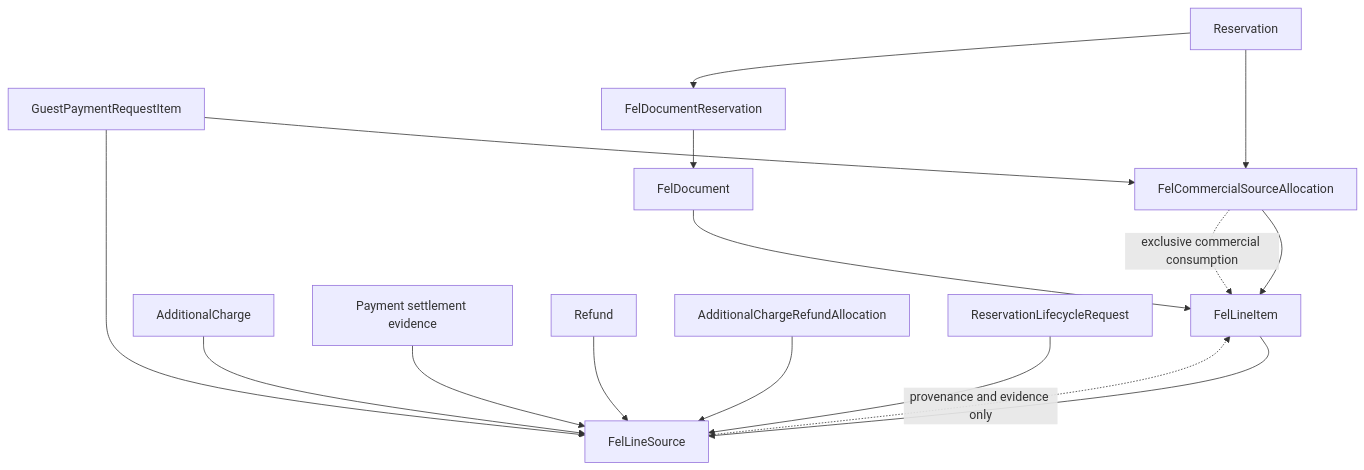
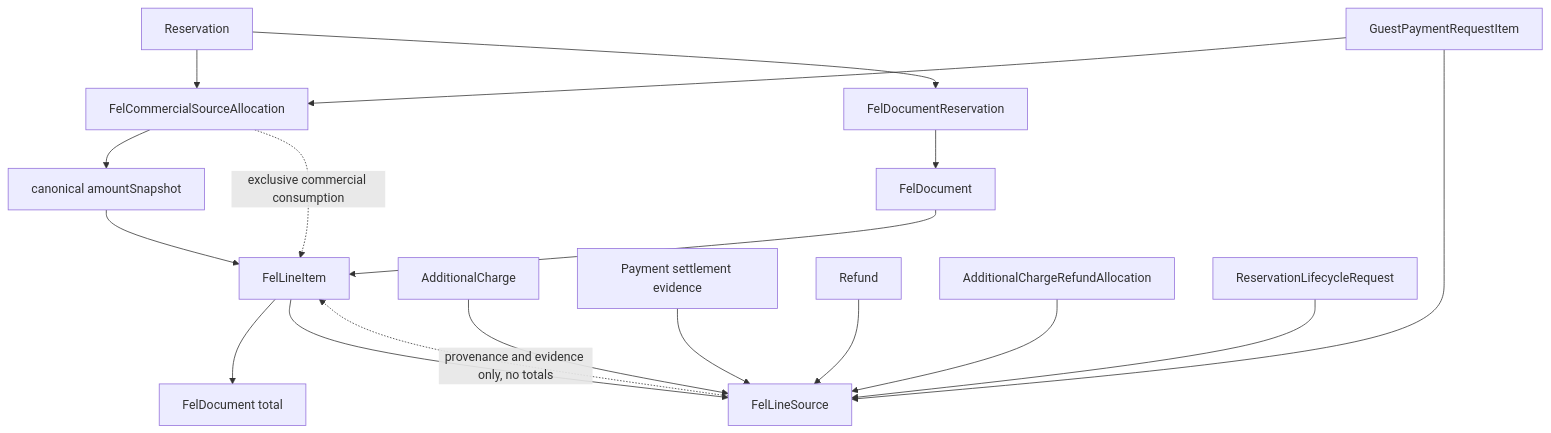
One commit to Juanjho120/trp-booking changed the second of 4 diagrams in docs/213-final-i-5-fel-fiscal-domain-contract-and-architecture.md. Above: the diagram before and after it, drawn with Mermaid. The commit also changed other lines of this file and 3 other files, not shown here.

Commit message:
docs(final-i): freeze canonical FEL amount source

````diff
--- a/docs/213-final-i-5-fel-fiscal-domain-contract-and-architecture.md
+++ b/docs/213-final-i-5-fel-fiscal-domain-contract-and-architecture.md
@@ -1212,22 +1386,24 @@
 ```mermaid
 flowchart TD
   R[Reservation] --> FCSA[FelCommercialSourceAllocation]
   GPRI[GuestPaymentRequestItem] --> FCSA
-  FCSA --> FLI[FelLineItem]
+  FCSA --> AMT[canonical amountSnapshot]
+  AMT --> FLI[FelLineItem]
 
   R --> FDR[FelDocumentReservation]
   FDR --> FD[FelDocument]
   FD --> FLI[FelLineItem]
+  FLI --> FDT[FelDocument total]
 
   FLI --> FLS[FelLineSource]
 
   AC[AdditionalCharge] --> FLS
   GPRI --> FLS
   P[Payment settlement evidence] --> FLS
   RF[Refund] --> FLS
   ACRA[AdditionalChargeRefundAllocation] --> FLS
   RLR[ReservationLifecycleRequest] --> FLS
 
   FCSA -. exclusive commercial consumption .-> FLI
-  FLS -. provenance and evidence only .-> FLI
+  FLS -. provenance and evidence only, no totals .-> FLI
 ```
````
